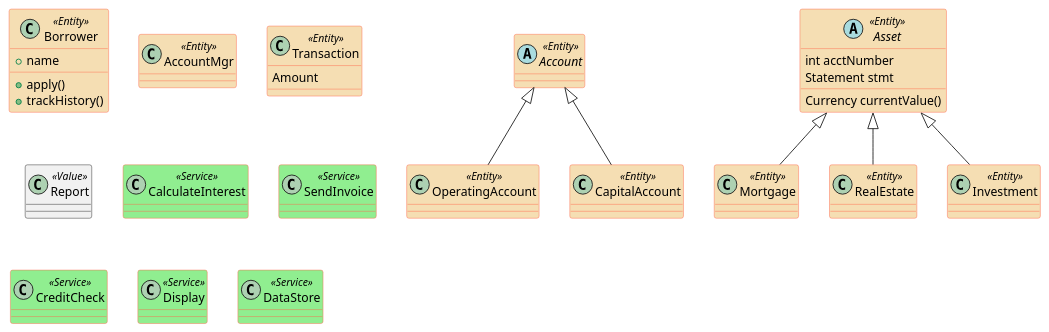
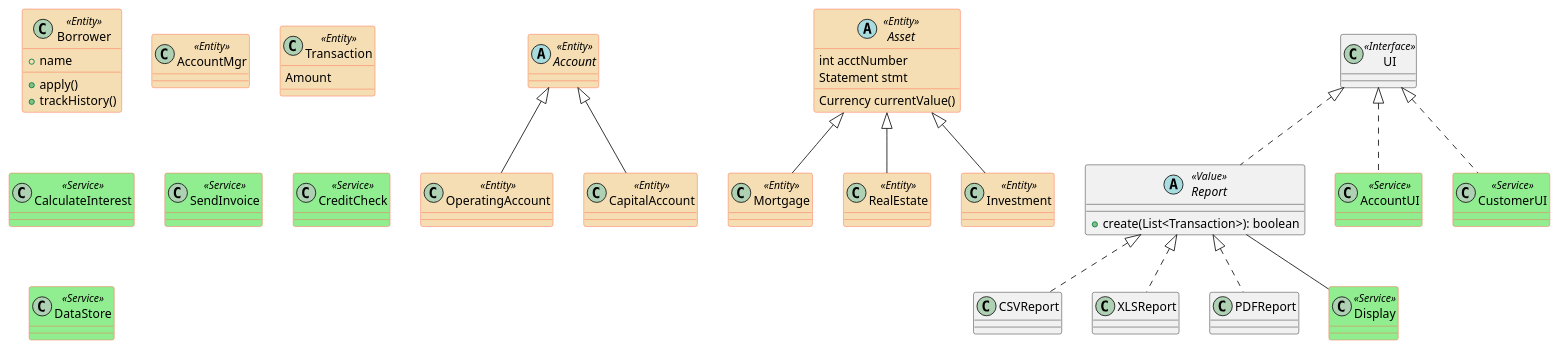
Before and after one commit to SENG330/course: the diagram in lectures/MSG.puml, drawn with PlantUML. The commit also changed 1 other file, not shown here.

```diff
--- a/lectures/MSG.puml
+++ b/lectures/MSG.puml
@@ -1,72 +1,102 @@
 @startuml
 skinparam class {
-	BackgroundColor<<Service>> LightGreen
-	BorderColor<<Service>> Tomato
-	BackgroundColor<<Entity>> Wheat
-	BorderColor<<Entity>> Tomato
+  BackgroundColor<<Service>> LightGreen
+  BorderColor<<Service>> Tomato
+  BackgroundColor<<Entity>> Wheat
+  BorderColor<<Entity>> Tomato
 }
 skinparam stereotypeCBackgroundColor YellowGreen
 skinparam stereotypeCBackgroundColor<< Foo >> DimGray
 
 ' Entities
 class Borrower <<Entity>> {
   + name
   + apply()
   '+ creditCheck()
   '+ store()
   + trackHistory()
   '+ displayReport()
 }
 class OperatingAccount <<Entity>> {
 }
 class CapitalAccount <<Entity>>{
 } 
 
 class AccountMgr <<Entity>>{
 }
 class Mortgage <<Entity>>{
   'Principal
   'Term
 }
 abstract class Account <<Entity>>{
   'AccountNumber
   'isDelinquent
 }
 
 class RealEstate <<Entity>> { 
 }
 class Investment <<Entity>>{
 }
 
 abstract  class Asset <<Entity>> {
   int acctNumber
   Statement stmt
   Currency currentValue()
 }
 
 class Transaction <<Entity>> {
   Amount
 }
 
+' examples of DI
+class CSVReport {
+}
+class XLSReport {
+}
+class PDFReport {
+}
+
+Report <|.. CSVReport
+Report <|.. XLSReport
+Report <|.. PDFReport
+
 ' Values
-class Report <<Value>> {
+abstract class Report <<Value>> {
++ create(List<Transaction>): boolean
 }
+
+' examples of ISP
+class UI <<Interface>> {
+}
+
+class AccountUI <<Service>> {
+}
+
+class CustomerUI <<Service>> {
+}
+UI <|.. CustomerUI
+UI <|.. AccountUI
+UI <|.. Report
+
 
 ' Services
 class CalculateInterest <<Service>> {
 }
 class SendInvoice <<Service>> {
 }
 class CreditCheck <<Service>> {
 }
 class Display <<Service>> {
 }
+
 class DataStore <<Service>> {
 }
+
 ' relations
 Account <|-- OperatingAccount
 Account <|-- CapitalAccount
 Asset <|-- Investment
 Asset <|-- Mortgage
 Asset <|-- RealEstate
+Report -- Display
 @enduml
```
